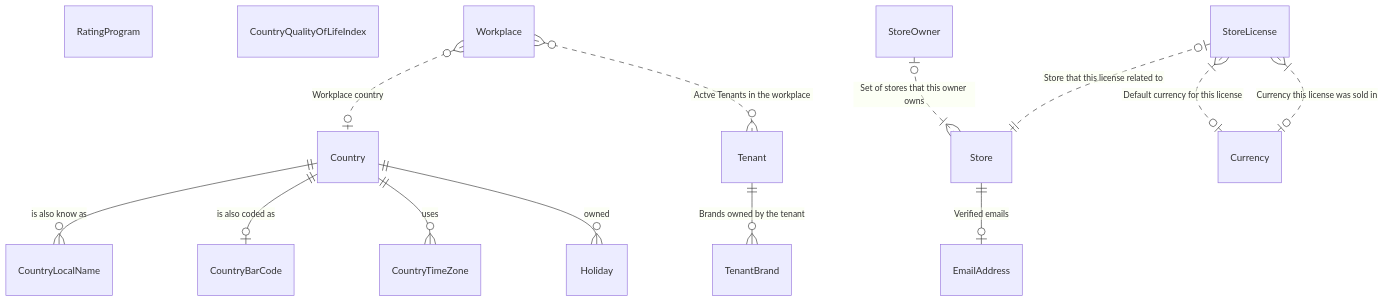
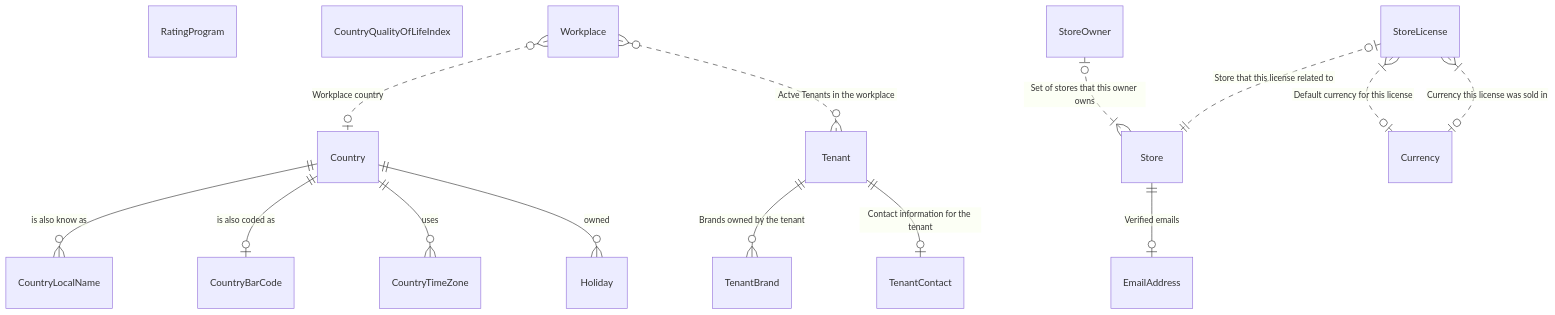
The diagram in src/Nox.ClientApi.Tests/.nox/docs/README.md (NoxOrg/Nox), drawn with Mermaid before and after one commit. The commit also changed other lines of this file and 126 other files, not shown here.

````diff
--- a/src/Nox.ClientApi.Tests/.nox/docs/README.md
+++ b/src/Nox.ClientApi.Tests/.nox/docs/README.md
@@ -11,42 +11,49 @@
 ``` mermaid
 erDiagram
     Country {
     }
     Country||--o{CountryLocalName : "is also know as"
     Country||--o|CountryBarCode : "is also coded as"
     Country||--o{CountryTimeZone : "uses"
     Country||--o{Holiday : "owned"
     CountryLocalName {
     }
     CountryBarCode {
     }
     RatingProgram {
     }
     CountryQualityOfLifeIndex {
     }
     Store {
     }
     Store||--o|EmailAddress : "Verified emails"
     Workplace {
     }
     Workplace}o..o|Country : "Workplace country"
     Workplace}o..o{Tenant : "Actve Tenants in the workplace"
     StoreOwner {
     }
     StoreOwner|o..|{Store : "Set of stores that this owner owns"
     StoreLicense {
     }
     StoreLicense|o..||Store : "Store that this license related to"
     StoreLicense}|..o|Currency : "Default currency for this license"
     StoreLicense}|..o|Currency : "Currency this license was sold in"
     Currency {
     }
     Tenant {
     }
     Tenant||--o{TenantBrand : "Brands owned by the tenant"
+    Tenant||--o|TenantContact : "Contact information for the tenant"
     TenantBrand {
+    }
+    TenantContact {
+    }
+    CountryTimeZone {
+    }
+    Holiday {
     }
     EmailAddress {
     }
 
 ```
````
